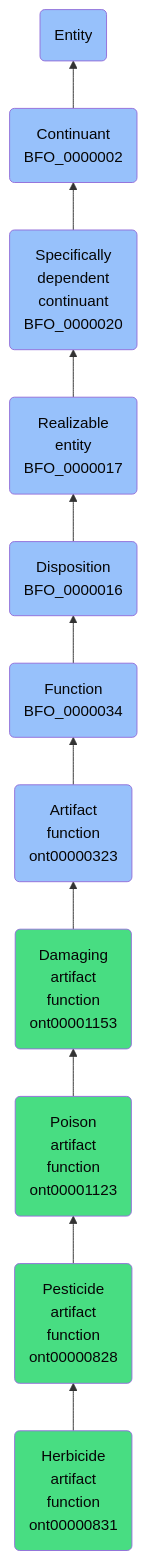
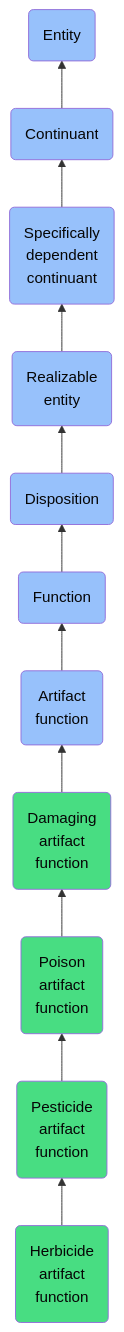
The diagram in docs/ontology/reference/model/Entity/Continuant/Specifically dependent continuant/Realizable entity/Disposition/Function/Artifact function/Damaging artifact function/Poison artifact function/Pesticide artifact function/Herbicide artifact function/Herbicide artifact function.md (jupyter-naas/abi), drawn with Mermaid before and after one commit. The commit also changed other lines of this file and 1430 other files, not shown here.

````diff
--- a/docs/ontology/reference/model/Entity/Continuant/Specifically dependent continuant/Realizable entity/Disposition/Function/Artifact function/Damaging artifact function/Poison artifact function/Pesticide artifact function/Herbicide artifact function/Herbicide artifact function.md
+++ b/docs/ontology/reference/model/Entity/Continuant/Specifically dependent continuant/Realizable entity/Disposition/Function/Artifact function/Damaging artifact function/Poison artifact function/Pesticide artifact function/Herbicide artifact function/Herbicide artifact function.md
@@ -24,18 +24,18 @@
 ```mermaid
 graph BT
-    ont00000831(Herbicide<br>artifact<br>function<br>ont00000831):::ABI-->ont00000828
-    ont00000828(Pesticide<br>artifact<br>function<br>ont00000828):::ABI-->ont00001123
-    ont00001123(Poison<br>artifact<br>function<br>ont00001123):::ABI-->ont00001153
-    ont00001153(Damaging<br>artifact<br>function<br>ont00001153):::ABI-->ont00000323
-    ont00000323(Artifact<br>function<br>ont00000323):::BFO-->BFO_0000034
-    BFO_0000034(Function<br>BFO_0000034):::BFO-->BFO_0000016
-    BFO_0000016(Disposition<br>BFO_0000016):::BFO-->BFO_0000017
-    BFO_0000017(Realizable<br>entity<br>BFO_0000017):::BFO-->BFO_0000020
-    BFO_0000020(Specifically<br>dependent<br>continuant<br>BFO_0000020):::BFO-->BFO_0000002
-    BFO_0000002(Continuant<br>BFO_0000002):::BFO-->BFO_0000001
+    ont00000831(Herbicide<br>artifact<br>function):::ABI-->ont00000828
+    ont00000828(Pesticide<br>artifact<br>function):::ABI-->ont00001123
+    ont00001123(Poison<br>artifact<br>function):::ABI-->ont00001153
+    ont00001153(Damaging<br>artifact<br>function):::ABI-->ont00000323
+    ont00000323(Artifact<br>function):::BFO-->BFO_0000034
+    BFO_0000034(Function):::BFO-->BFO_0000016
+    BFO_0000016(Disposition):::BFO-->BFO_0000017
+    BFO_0000017(Realizable<br>entity):::BFO-->BFO_0000020
+    BFO_0000020(Specifically<br>dependent<br>continuant):::BFO-->BFO_0000002
+    BFO_0000002(Continuant):::BFO-->BFO_0000001
     BFO_0000001(Entity):::BFO
     
     classDef BFO fill:#97c1fb,color:#060606
     classDef CCO fill:#e4c51e,color:#060606
     classDef ABI fill:#48DD82,color:#060606
 ```
````
